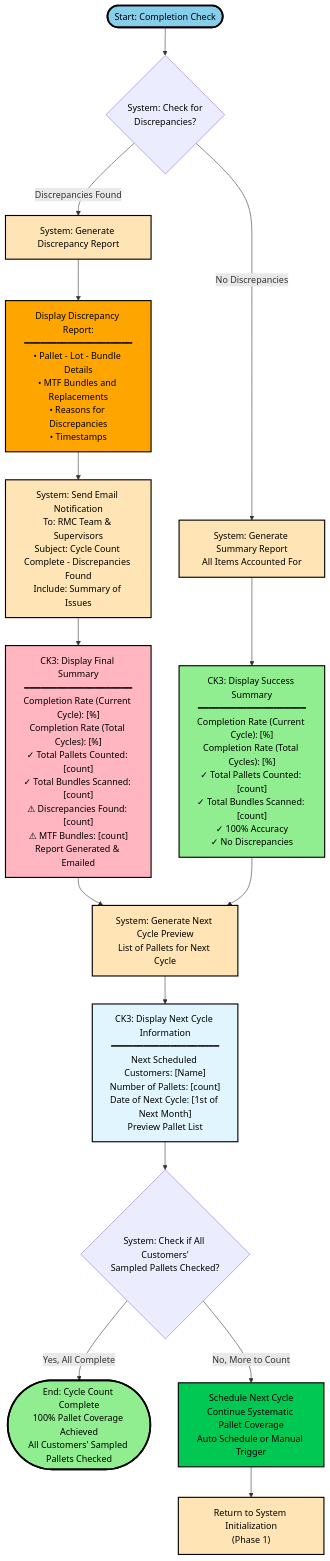
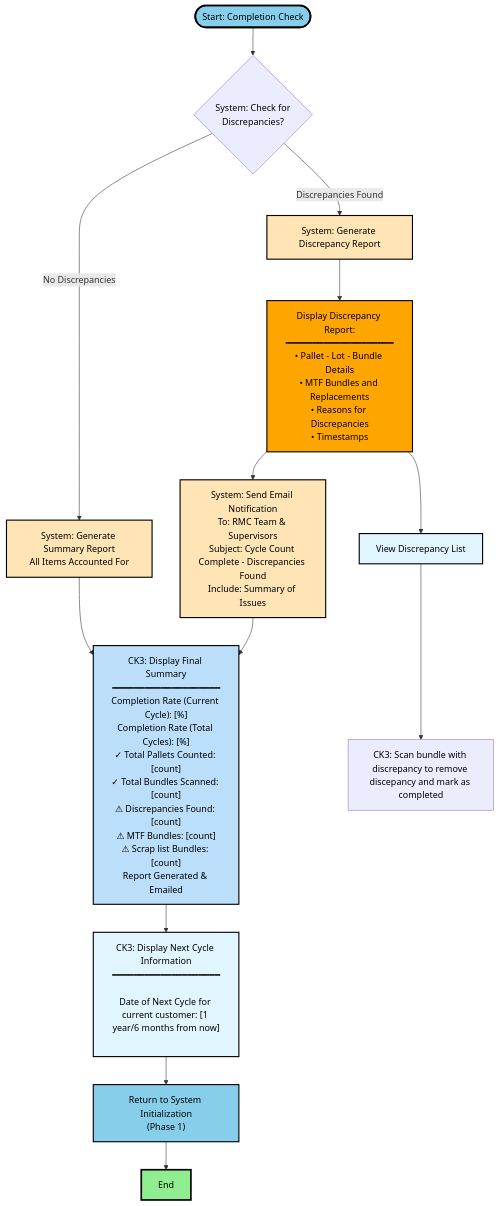
One commit to kohjs/RMC-Cycle-Count changed the fifth of 6 diagrams in workflow.md. Above: the diagram before and after it, drawn with Mermaid. The commit also changed other lines of this file, not shown here.

````diff
--- a/workflow.md
+++ b/workflow.md
@@ -157,32 +160,27 @@
 ```mermaid
 flowchart TD
     Start(["Start: Completion Check"]) --> DC1{"System: Check for<br>Discrepancies?"}
     DC1 -- Discrepancies Found --> DC2["System: Generate Discrepancy Report"]
     DC2 --> DC3["Display Discrepancy Report:<br>━━━━━━━━━━━━━━━━━━━━<br>• Pallet - Lot - Bundle Details<br>• MTF Bundles and Replacements<br>• Reasons for Discrepancies<br>• Timestamps"]
-    DC3 --> DC4["System: Send Email Notification<br>To: RMC Team & Supervisors<br>Subject: Cycle Count Complete - Discrepancies Found<br>Include: Summary of Issues"]
-    DC4 --> DC5["CK3: Display Final Summary<br>━━━━━━━━━━━━━━━━━━━━<br>Completion Rate (Current Cycle): [%]<br>Completion Rate (Total Cycles): [%]<br>✓ Total Pallets Counted: [count]<br>✓ Total Bundles Scanned: [count]<br>⚠ Discrepancies Found: [count]<br>⚠ MTF Bundles: [count]<br>Report Generated & Emailed"]
+    DC3 --> DC4["System: Send Email Notification<br>To: RMC Team &amp; Supervisors<br>Subject: Cycle Count Complete - Discrepancies Found<br>Include: Summary of Issues"] & n1["View Discrepancy List"]
+    DC4 --> DC5@{ label: "CK3: Display Final Summary<br>━━━━━━━━━━━━━━━━━━━━<br>Completion Rate (Current Cycle): [%]<br>Completion Rate (Total Cycles): [%]<br>✓ Total Pallets Counted: [count]<br>✓ Total Bundles Scanned: [count]<br>⚠ Discrepancies Found: [count]<br>⚠ MTF Bundles: [count]<br>⚠ Scrap list Bundles: [count]<br>Report Generated &amp; Emailed" }
     DC1 -- No Discrepancies --> ND1["System: Generate Summary Report<br>All Items Accounted For"]
-    ND1 --> ND2["CK3: Display Success Summary<br>━━━━━━━━━━━━━━━━━━━━<br>Completion Rate (Current Cycle): [%]<br>Completion Rate (Total Cycles): [%]<br>✓ Total Pallets Counted: [count]<br>✓ Total Bundles Scanned: [count]<br>✓ 100% Accuracy<br>✓ No Discrepancies"]
-    DC5 --> NEXT1["System: Generate Next Cycle Preview<br>List of Pallets for Next Cycle"]
-    ND2 --> NEXT1
-    NEXT1 --> NEXT2["CK3: Display Next Cycle Information<br>━━━━━━━━━━━━━━━━━━━━<br>Next Scheduled Customers: [Name]<br>Number of Pallets: [count]<br>Date of Next Cycle: [1st of Next Month]<br>Preview Pallet List"]
-    NEXT2 --> n1{"System: Check if All Customers'<br>Sampled Pallets Checked?"}
-    n1 -- Yes, All Complete --> End(["End: Cycle Count Complete<br>100% Pallet Coverage Achieved<br>All Customers' Sampled Pallets Checked"])
-    n1 -- No, More to Count --> n2["Schedule Next Cycle<br>Continue Systematic Pallet Coverage<br>Auto Schedule or Manual Trigger"]
-    n2 --> Restart["Return to System Initialization<br>(Phase 1)"]
+    NEXT2["CK3: Display Next Cycle Information<br>━━━━━━━━━━━━━━━━━━━━<br><br>Date of Next Cycle for current customer: [1 year/6 months from now]<br><br>"] --> Restart["Return to System Initialization<br>(Phase 1)"]
+    ND1 --> DC5
+    DC5 --> NEXT2
+    n1 --> n2["CK3: Scan bundle with discrepancy to remove discepancy and mark as completed"]
+    Restart --> n3["End"]
 
     style Start fill:#87CEEB,stroke:#000,stroke-width:3px,color:#000
     style DC1 color:#000
     style DC2 fill:#FFE4B5,stroke:#000,stroke-width:2px,color:#000
     style DC3 fill:#FFA500,stroke:#000,stroke-width:2px,color:#000
     style DC4 fill:#FFE4B5,stroke:#000,stroke-width:2px,color:#000
-    style DC5 fill:#FFB6C1,stroke:#000,stroke-width:2px,color:#000
+    style DC5 fill:#BBDEFB,stroke:#000,stroke-width:2px,color:#000
     style ND1 fill:#FFE4B5,stroke:#000,stroke-width:2px,color:#000
-    style ND2 fill:#90EE90,stroke:#000,stroke-width:2px,color:#000
-    style NEXT1 fill:#FFE4B5,stroke:#000,stroke-width:2px,color:#000
     style NEXT2 fill:#E1F5FE,stroke:#000,stroke-width:2px,color:#000
-    style n1 color:#000
-    style End fill:#90EE90,stroke:#000,stroke-width:3px,color:#000
-    style n2 fill:#00C853,stroke:#000,stroke-width:2px,color:#000
-    style Restart fill:#FFE4B5,stroke:#000,stroke-width:2px,color:#000
+    style n1 fill:#E1F5FE,stroke:#000,stroke-width:2px,color:#000
+    style n2 color:#000
+    style n3 fill:#90EE90,stroke:#000,stroke-width:3px,color:#000
+    style Restart fill:#87CEEB,stroke:#000,stroke-width:2px,color:#000
 ```
````
